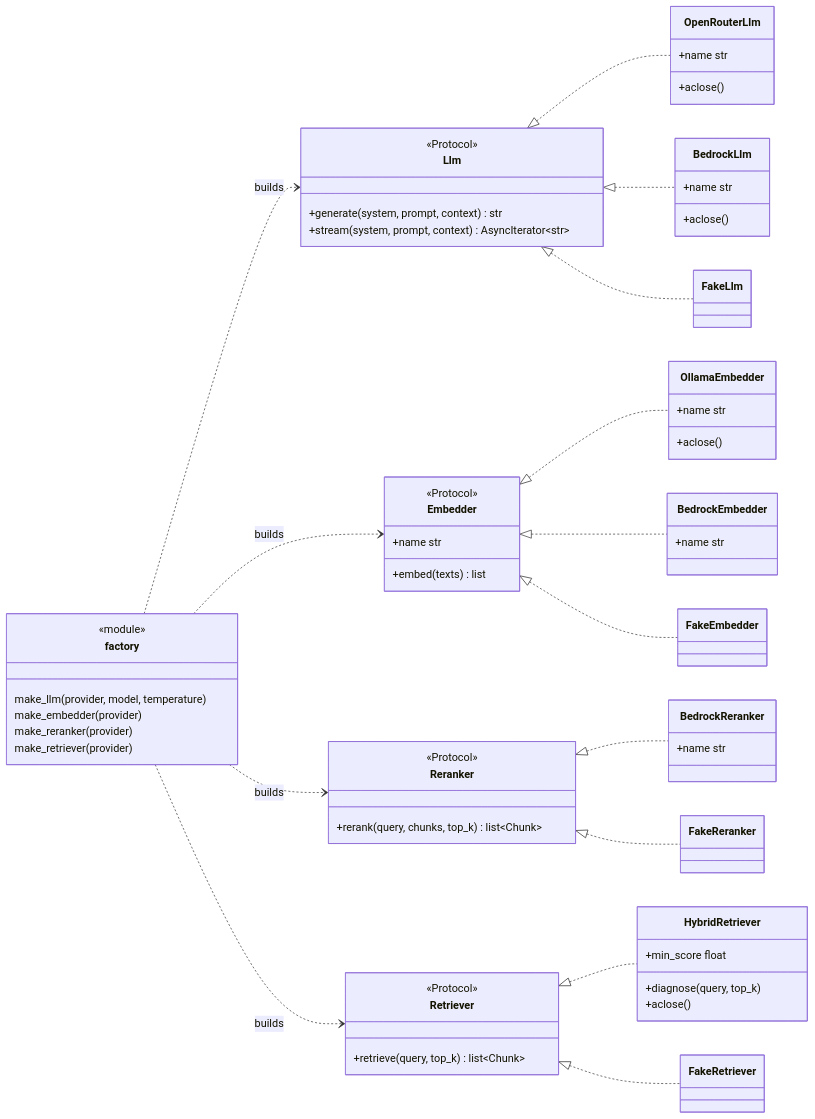
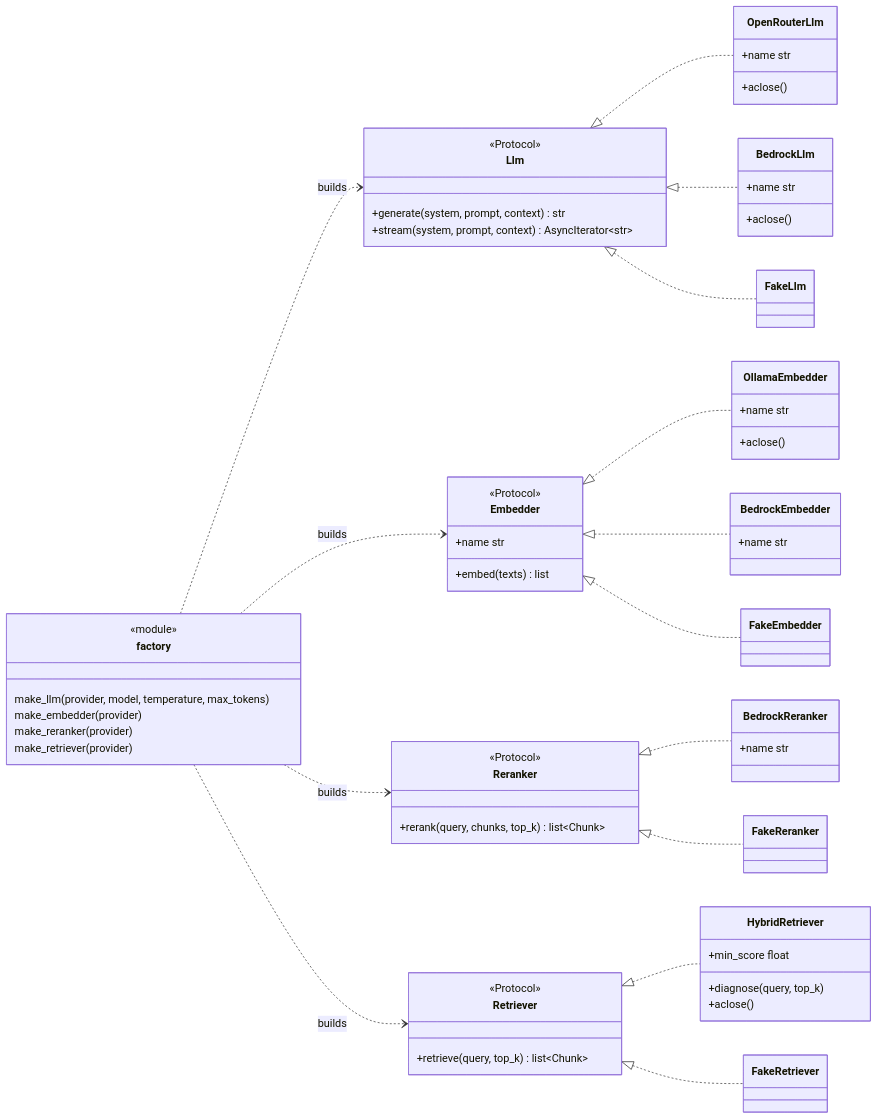
The first of 7 diagrams in docs/architecture.md (monitus2022/owl-online), drawn with Mermaid before and after one commit. The commit also changed other lines of this file and 13 other files, not shown here.

````diff
--- a/docs/architecture.md
+++ b/docs/architecture.md
@@ -74,74 +75,74 @@
 ```mermaid
 classDiagram
   direction LR
 
   class Llm {
     <<Protocol>>
     +generate(system, prompt, context) str
     +stream(system, prompt, context) AsyncIterator~str~
   }
   class Embedder {
     <<Protocol>>
     +name str
     +embed(texts) list
   }
   class Reranker {
     <<Protocol>>
     +rerank(query, chunks, top_k) list~Chunk~
   }
   class Retriever {
     <<Protocol>>
     +retrieve(query, top_k) list~Chunk~
   }
 
   class OpenRouterLlm {
     +name str
     +aclose()
   }
   class BedrockLlm {
     +name str
     +aclose()
   }
   class OllamaEmbedder {
     +name str
     +aclose()
   }
   class BedrockEmbedder {
     +name str
   }
   class HybridRetriever {
     +min_score float
     +diagnose(query, top_k)
     +aclose()
   }
   class BedrockReranker {
     +name str
   }
   class FakeLlm
   class FakeEmbedder
   class FakeReranker
   class FakeRetriever
 
   Llm <|.. OpenRouterLlm
   Llm <|.. BedrockLlm
   Llm <|.. FakeLlm
   Embedder <|.. OllamaEmbedder
   Embedder <|.. BedrockEmbedder
   Embedder <|.. FakeEmbedder
   Reranker <|.. BedrockReranker
   Reranker <|.. FakeReranker
   Retriever <|.. HybridRetriever
   Retriever <|.. FakeRetriever
 
   class factory {
     <<module>>
-    make_llm(provider, model, temperature)
+    make_llm(provider, model, temperature, max_tokens)
     make_embedder(provider)
     make_reranker(provider)
     make_retriever(provider)
   }
   factory ..> Llm : builds
   factory ..> Embedder : builds
   factory ..> Reranker : builds
   factory ..> Retriever : builds
 ```
````
